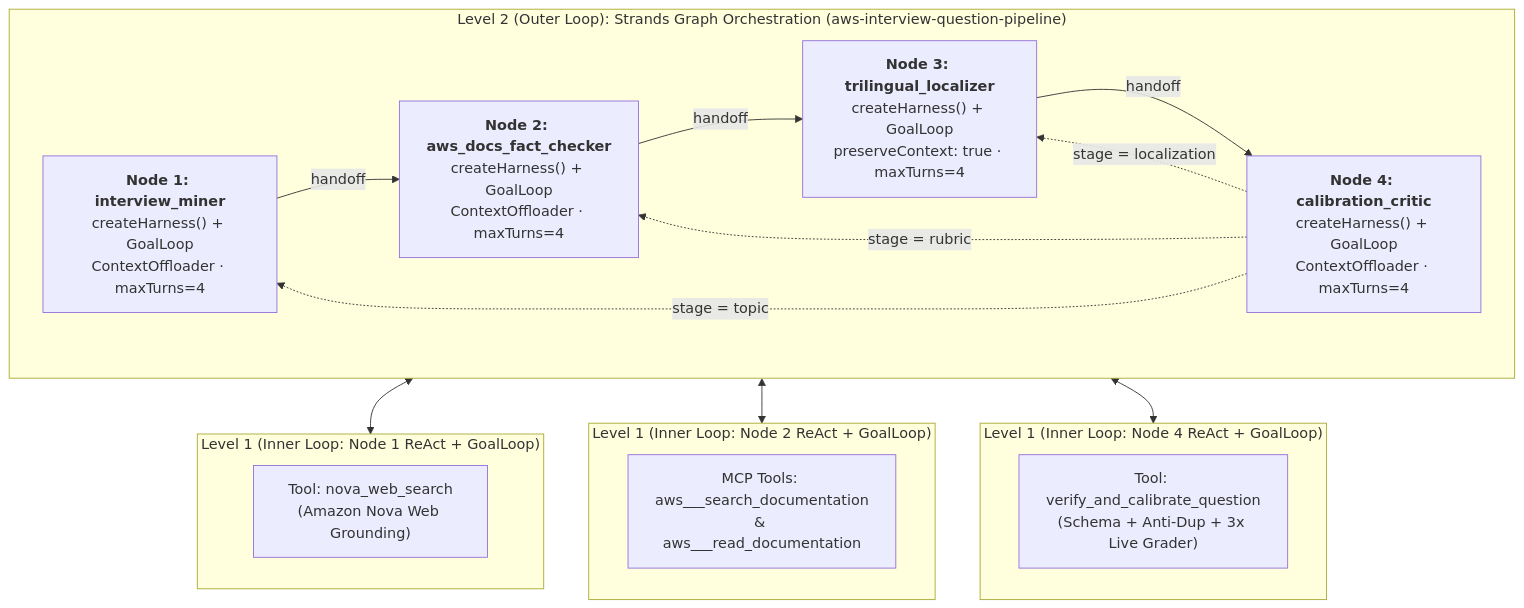
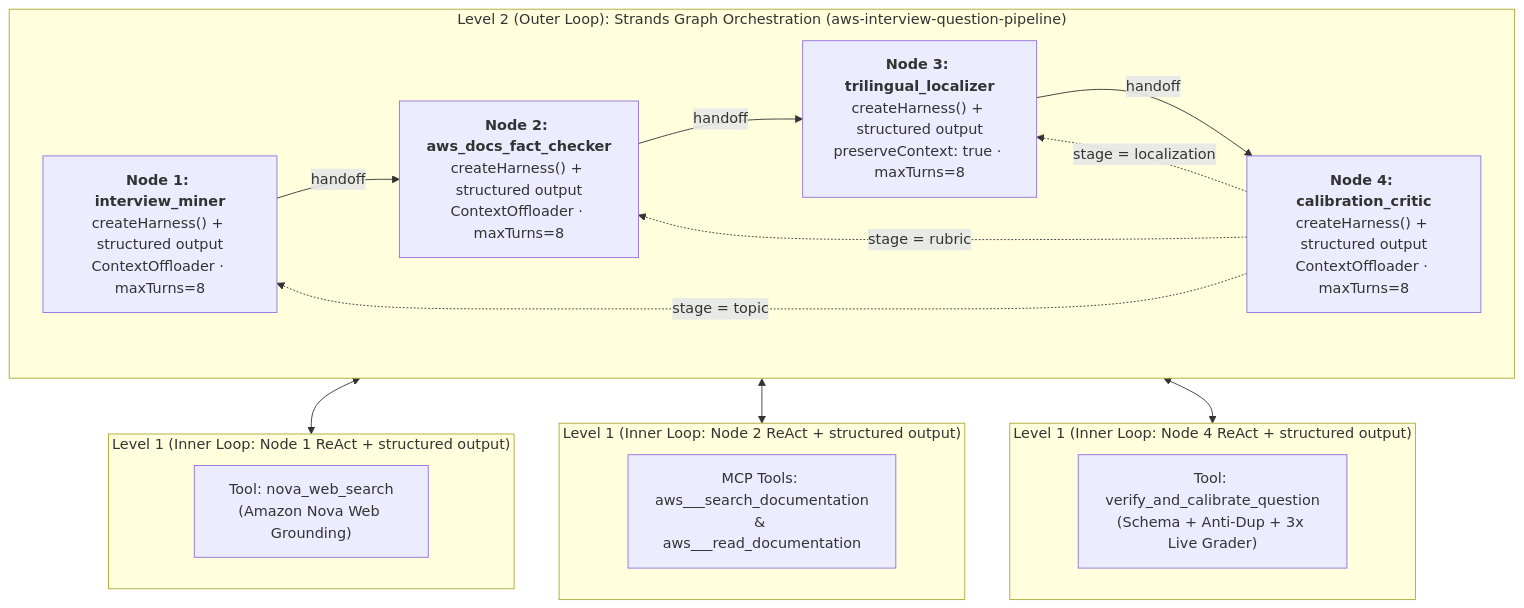
Before and after one commit to wongcyrus/The-Legend-of-AWS-Warrior: the diagram in docs/QUESTION_GENERATOR_AGENT.md, drawn with Mermaid. The commit also changed other lines of this file and 4 other files, not shown here.

First line of the commit message:
Use Strands structured output for question generation

````diff
--- a/docs/QUESTION_GENERATOR_AGENT.md
+++ b/docs/QUESTION_GENERATOR_AGENT.md
@@ -39,33 +39,33 @@
 ```mermaid
 flowchart TB
   subgraph OuterLoop["Level 2 (Outer Loop): Strands Graph Orchestration (aws-interview-question-pipeline)"]
     direction LR
-    N1["<b>Node 1: interview_miner</b><br/>createHarness() + GoalLoop<br/>ContextOffloader · maxTurns=4"]
-    N2["<b>Node 2: aws_docs_fact_checker</b><br/>createHarness() + GoalLoop<br/>ContextOffloader · maxTurns=4"]
-    N3["<b>Node 3: trilingual_localizer</b><br/>createHarness() + GoalLoop<br/>preserveContext: true · maxTurns=4"]
-    N4["<b>Node 4: calibration_critic</b><br/>createHarness() + GoalLoop<br/>ContextOffloader · maxTurns=4"]
+    N1["<b>Node 1: interview_miner</b><br/>createHarness() + structured output<br/>ContextOffloader · maxTurns=8"]
+    N2["<b>Node 2: aws_docs_fact_checker</b><br/>createHarness() + structured output<br/>ContextOffloader · maxTurns=8"]
+    N3["<b>Node 3: trilingual_localizer</b><br/>createHarness() + structured output<br/>preserveContext: true · maxTurns=8"]
+    N4["<b>Node 4: calibration_critic</b><br/>createHarness() + structured output<br/>ContextOffloader · maxTurns=8"]
 
     N1 -->|"handoff"| N2
     N2 -->|"handoff"| N3
     N3 -->|"handoff"| N4
     N4 -. "stage = localization" .-> N3
     N4 -. "stage = rubric" .-> N2
     N4 -. "stage = topic" .-> N1
   end
 
-  subgraph InnerLoop1["Level 1 (Inner Loop: Node 1 ReAct + GoalLoop)"]
+  subgraph InnerLoop1["Level 1 (Inner Loop: Node 1 ReAct + structured output)"]
     T1["Tool: nova_web_search<br/>(Amazon Nova Web Grounding)"]
   end
 
-  subgraph InnerLoop2["Level 1 (Inner Loop: Node 2 ReAct + GoalLoop)"]
+  subgraph InnerLoop2["Level 1 (Inner Loop: Node 2 ReAct + structured output)"]
     T2["MCP Tools: aws___search_documentation<br/>& aws___read_documentation"]
   end
 
-  subgraph InnerLoop4["Level 1 (Inner Loop: Node 4 ReAct + GoalLoop)"]
+  subgraph InnerLoop4["Level 1 (Inner Loop: Node 4 ReAct + structured output)"]
     T4["Tool: verify_and_calibrate_question<br/>(Schema + Anti-Dup + 3x Live Grader)"]
   end
 
   N1 <--> InnerLoop1
   N2 <--> InnerLoop2
   N4 <--> InnerLoop4
 ```
````
